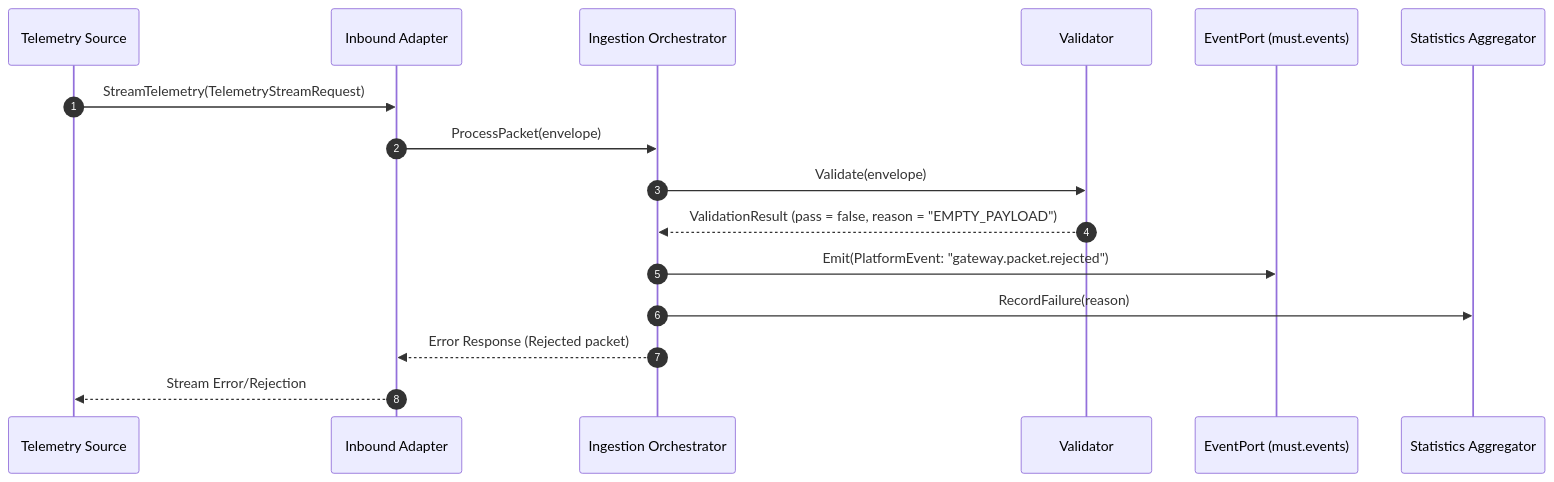
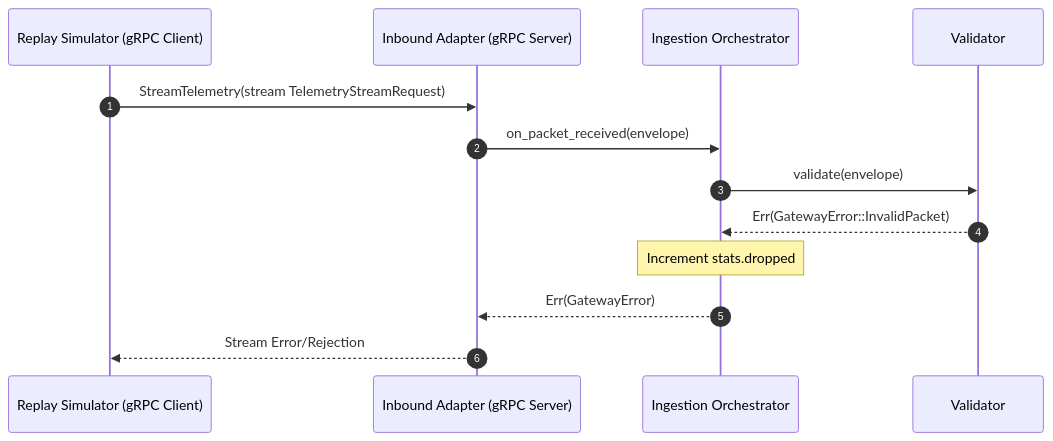
The third of 5 diagrams in telemetry-gateway/docs/04_Sequence.md (YashuFX/DATS_Processing), drawn with Mermaid before and after one commit. The commit also changed other lines of this file and 39 other files, not shown here.

````diff
--- a/telemetry-gateway/docs/04_Sequence.md
+++ b/telemetry-gateway/docs/04_Sequence.md
@@ -69,19 +63,16 @@
 ```mermaid
 sequenceDiagram
     autonumber
-    participant Source as Telemetry Source
-    participant Ingress as Inbound Adapter
+    participant Source as Replay Simulator (gRPC Client)
+    participant Ingress as Inbound Adapter (gRPC Server)
     participant Orch as Ingestion Orchestrator
     participant Val as Validator
-    participant Evt as EventPort (must.events)
-    participant Stats as Statistics Aggregator
 
-    Source->>Ingress: StreamTelemetry(TelemetryStreamRequest)
-    Ingress->>Orch: ProcessPacket(envelope)
-    Orch->>Val: Validate(envelope)
-    Val-->>Orch: ValidationResult (pass = false, reason = "EMPTY_PAYLOAD")
-    Orch->>Evt: Emit(PlatformEvent: "gateway.packet.rejected")
-    Orch->>Stats: RecordFailure(reason)
-    Orch-->>Ingress: Error Response (Rejected packet)
+    Source->>Ingress: StreamTelemetry(stream TelemetryStreamRequest)
+    Ingress->>Orch: on_packet_received(envelope)
+    Orch->>Val: validate(envelope)
+    Val-->>Orch: Err(GatewayError::InvalidPacket)
+    Note over Orch: Increment stats.dropped
+    Orch-->>Ingress: Err(GatewayError)
     Ingress-->>Source: Stream Error/Rejection
 ```
````
